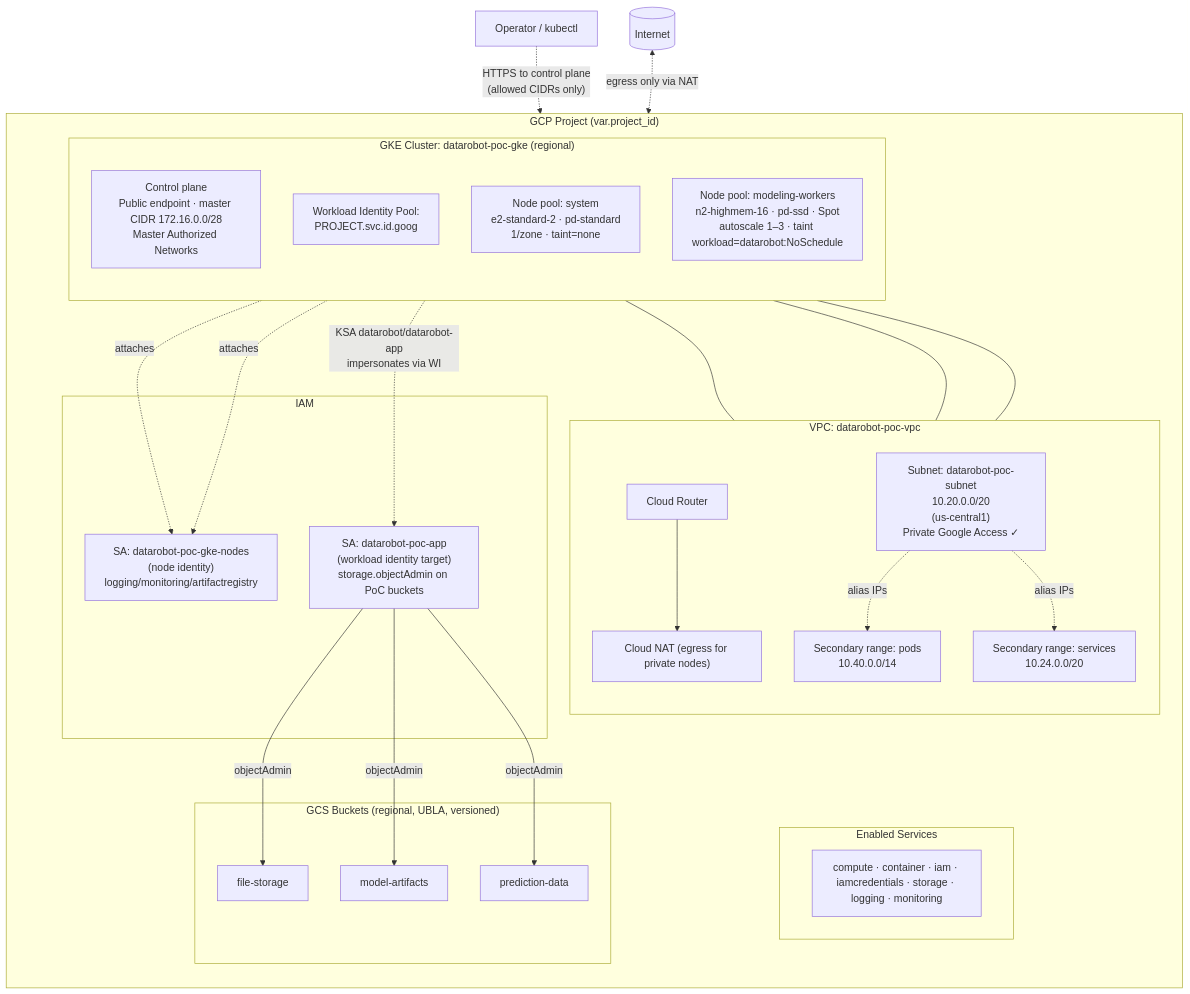
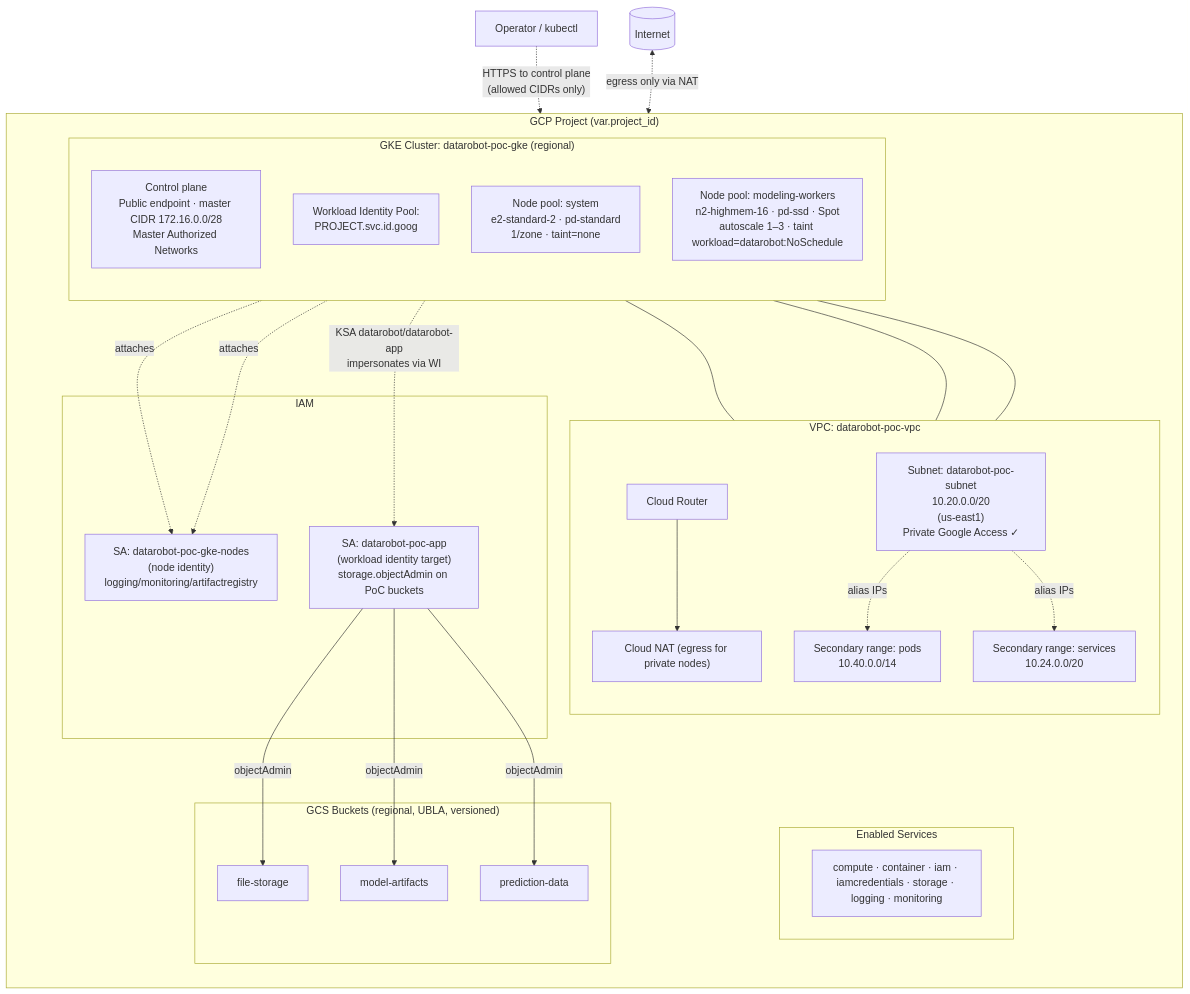
Before and after one commit to alpfr/datarobot: the diagram in ARCHITECTURE.md, drawn with Mermaid. The commit also changed other lines of this file and 2 other files, not shown here.

Commit message:
chore(terraform): switch default region to us-east1
us-central1 quotas are saturated by an existing opssightai cluster in
the same project (IN_USE_ADDRESSES at cap). Move the PoC defaults to
us-east1 (zones b/c/d, nodes pinned to us-east1-b) -- fresh quota
budget, similar pricing, good n2 capacity.

Updates Terraform variable defaults, README runbook + troubleshooting,
and the ARCHITECTURE diagram.

````diff
--- a/ARCHITECTURE.md
+++ b/ARCHITECTURE.md
@@ -12,55 +12,55 @@
 ```mermaid
 flowchart TB
   subgraph GCP["GCP Project (var.project_id)"]
     direction TB
 
     subgraph APIs["Enabled Services"]
       A1[compute · container · iam · iamcredentials · storage · logging · monitoring]
     end
 
     subgraph NET["VPC: datarobot-poc-vpc"]
       direction TB
-      SUB["Subnet: datarobot-poc-subnet<br/>10.20.0.0/20<br/>(us-central1)<br/>Private Google Access ✓"]
+      SUB["Subnet: datarobot-poc-subnet<br/>10.20.0.0/20<br/>(us-east1)<br/>Private Google Access ✓"]
       P["Secondary range: pods<br/>10.40.0.0/14"]
       S["Secondary range: services<br/>10.24.0.0/20"]
       RT["Cloud Router"]
       NAT["Cloud NAT (egress for private nodes)"]
       RT --> NAT
       SUB -. alias IPs .-> P
       SUB -. alias IPs .-> S
     end
 
     subgraph GKE["GKE Cluster: datarobot-poc-gke (regional)"]
       direction TB
       CP["Control plane<br/>Public endpoint · master CIDR 172.16.0.0/28<br/>Master Authorized Networks"]
       WI["Workload Identity Pool:<br/>PROJECT.svc.id.goog"]
       NP1["Node pool: system<br/>e2-standard-2 · pd-standard<br/>1/zone · taint=none"]
       NP2["Node pool: modeling-workers<br/>n2-highmem-16 · pd-ssd · Spot<br/>autoscale 1–3 · taint workload=datarobot:NoSchedule"]
     end
 
     subgraph IAM["IAM"]
       SA1["SA: datarobot-poc-gke-nodes<br/>(node identity)<br/>logging/monitoring/artifactregistry"]
       SA2["SA: datarobot-poc-app<br/>(workload identity target)<br/>storage.objectAdmin on PoC buckets"]
     end
 
     subgraph GCS["GCS Buckets (regional, UBLA, versioned)"]
       B1[file-storage]
       B2[model-artifacts]
       B3[prediction-data]
     end
 
     NP1 -.attaches.-> SA1
     NP2 -.attaches.-> SA1
     NP2 -. KSA datarobot/datarobot-app<br/>impersonates via WI .-> SA2
     SA2 -- objectAdmin --> B1
     SA2 -- objectAdmin --> B2
     SA2 -- objectAdmin --> B3
 
     NP1 --- SUB
     NP2 --- SUB
     GKE --- NET
   end
 
   USER[Operator / kubectl] -. HTTPS to control plane<br/>(allowed CIDRs only) .-> CP
   INET[(Internet)] <-. egress only via NAT .-> NAT
 ```
````
